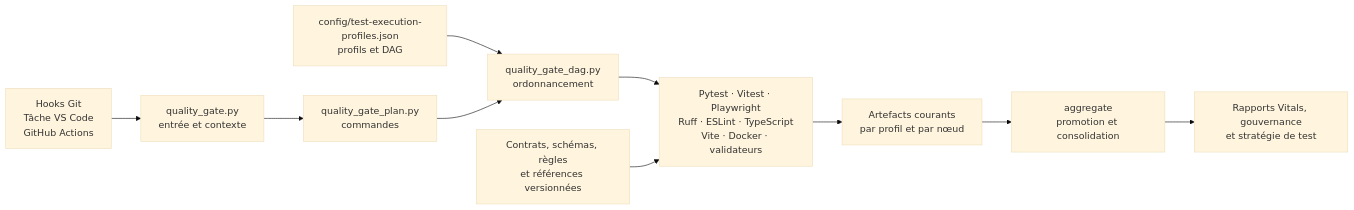
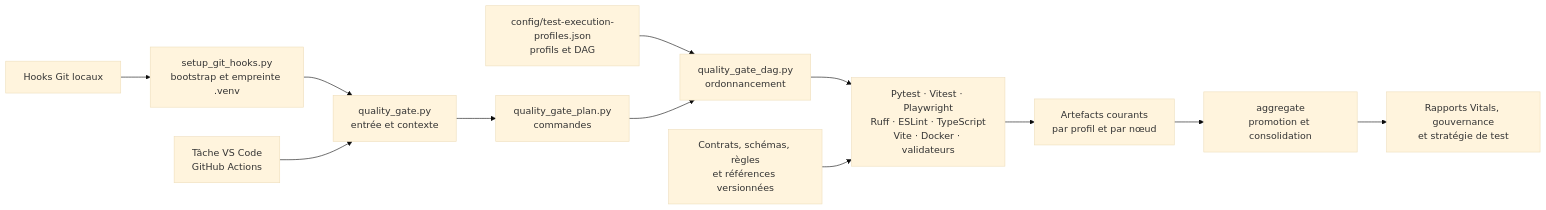
The diagram in docs/quality-infrastructure-responsibilities-map.md (GaranceRichard/monte-carlo-azure), drawn with Mermaid (base theme) before and after one commit. The commit also changed other lines of this file and 19 other files, not shown here.

````diff
--- a/docs/quality-infrastructure-responsibilities-map.md
+++ b/docs/quality-infrastructure-responsibilities-map.md
@@ -21,12 +21,14 @@
 ```mermaid
 flowchart LR
-    E[Hooks Git\nTâche VS Code\nGitHub Actions] --> Q[quality_gate.py\nentrée et contexte]
+    L[Hooks Git locaux] --> B[setup_git_hooks.py\nbootstrap et empreinte .venv]
+    B --> Q[quality_gate.py\nentrée et contexte]
+    E[Tâche VS Code\nGitHub Actions] --> Q
     Q --> P[quality_gate_plan.py\ncommandes]
     C[config/test-execution-profiles.json\nprofils et DAG] --> D[quality_gate_dag.py\nordonnancement]
     P --> D
     D --> R[Pytest · Vitest · Playwright\nRuff · ESLint · TypeScript\nVite · Docker · validateurs]
     A[Contrats, schémas, règles\net références versionnées] --> R
     R --> N[Artefacts courants\npar profil et par nœud]
     N --> G[aggregate\npromotion et consolidation]
     G --> O[Rapports Vitals, gouvernance\net stratégie de test]
 ```
````
